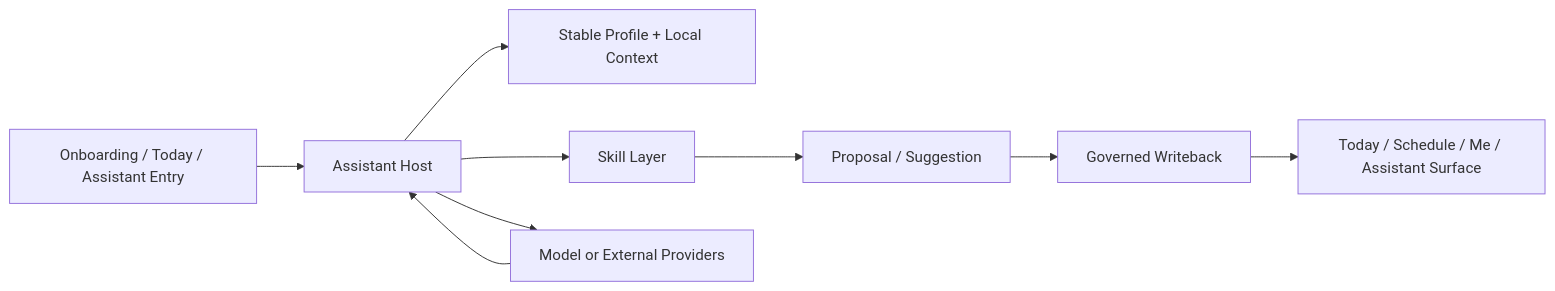
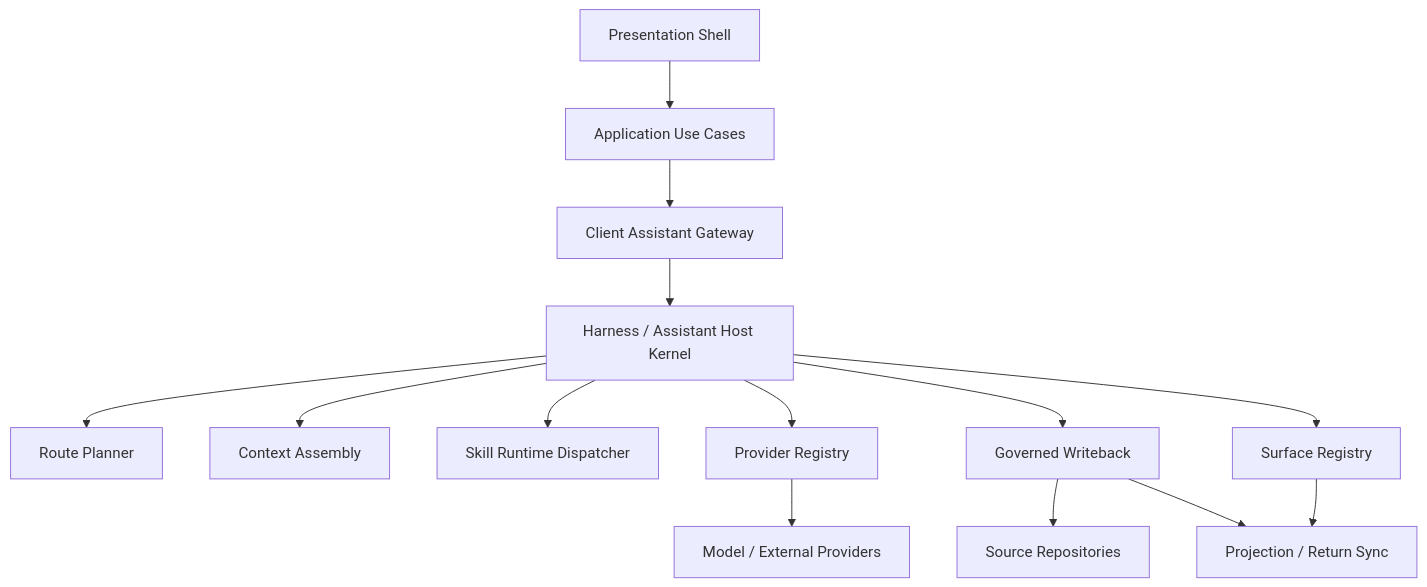
The diagram in ARCHITECTURE.md (jeans-l/life-assistant-showcase), drawn with Mermaid before and after one commit. The commit also changed other lines of this file and 28 other files, not shown here.

Commit message:
Refactor showcase app for new life assistant flows

````diff
--- a/ARCHITECTURE.md
+++ b/ARCHITECTURE.md
@@ -14,11 +20,16 @@
 ```mermaid
-flowchart LR
-    Entry["Onboarding / Today / Assistant Entry"] --> Host["Assistant Host"]
-    Host --> Context["Stable Profile + Local Context"]
-    Host --> Skills["Skill Layer"]
-    Skills --> Proposal["Proposal / Suggestion"]
-    Proposal --> Governance["Governed Writeback"]
-    Governance --> UI["Today / Schedule / Me / Assistant Surface"]
-    Host --> Providers["Model or External Providers"]
-    Providers --> Host
+flowchart TD
+    UI["Presentation Shell"] --> UseCases["Application Use Cases"]
+    UseCases --> Gateway["Client Assistant Gateway"]
+    Gateway --> Harness["Harness / Assistant Host Kernel"]
+    Harness --> Route["Route Planner"]
+    Harness --> Context["Context Assembly"]
+    Harness --> Skill["Skill Runtime Dispatcher"]
+    Harness --> Provider["Provider Registry"]
+    Harness --> Writeback["Governed Writeback"]
+    Harness --> Surface["Surface Registry"]
+    Writeback --> Source["Source Repositories"]
+    Writeback --> Projection["Projection / Return Sync"]
+    Provider --> External["Model / External Providers"]
+    Surface --> Projection
 ```
````
